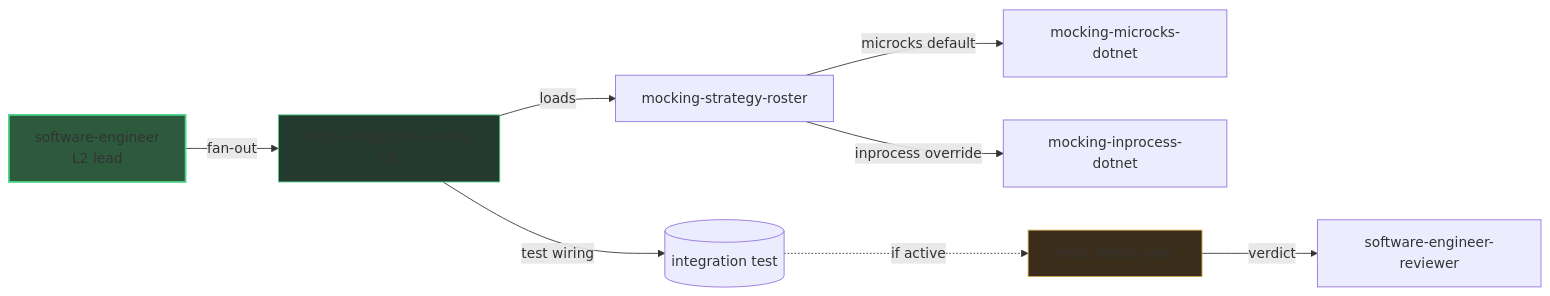
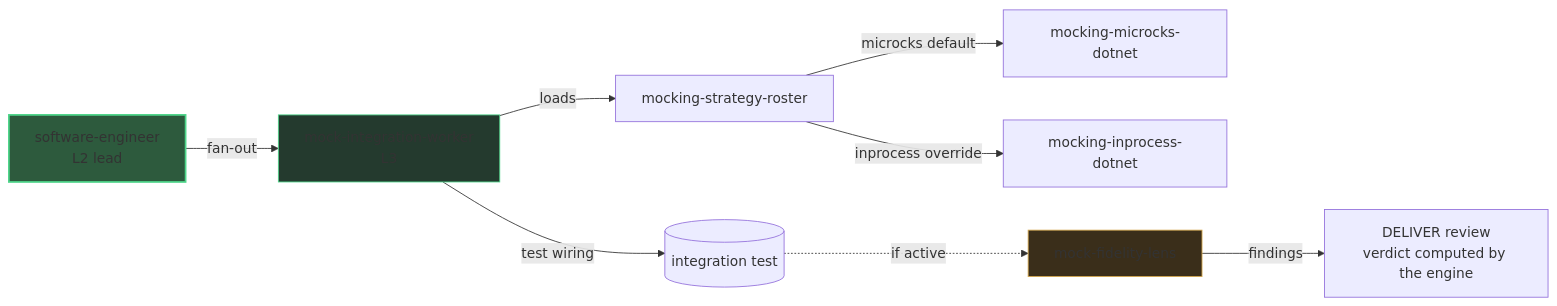
Before and after one commit to SebastienDegodez/skraft-plugin: the diagram in docs/site/en/explanation/deep-dive/mocking-microcks.md, drawn with Mermaid. The commit also changed other lines of this file and 90 other files, not shown here.

First line of the commit message:
refactor(skraft-framework): retire the V1 reviewer agents, the engine's lenses review

````diff
--- a/docs/site/en/explanation/deep-dive/mocking-microcks.md
+++ b/docs/site/en/explanation/deep-dive/mocking-microcks.md
@@ -27,14 +27,14 @@
 ```mermaid
 graph LR
     SE[software-engineer<br/>L2 lead] -->|fan-out| MIW[mock-integration-worker<br/>L3]
     MIW -->|loads| RST[mocking-strategy-roster]
     RST -->|microcks default| MMD[mocking-microcks-dotnet]
     RST -->|inprocess override| MID[mocking-inprocess-dotnet]
     MIW -->|test wiring| A[(integration test)]
     A -.if active.-> MFL[mock-fidelity-lens]
-    MFL -->|verdict| SER[software-engineer-reviewer]
+    MFL -->|findings| DR[DELIVER review<br/>verdict computed by the engine]
 
     style SE fill:#2d5a3d,stroke:#4ed58a,stroke-width:2px
     style MIW fill:#243a2e,stroke:#4ed58a
     style MFL fill:#3a2e1a,stroke:#d5a84e
 ```
````
